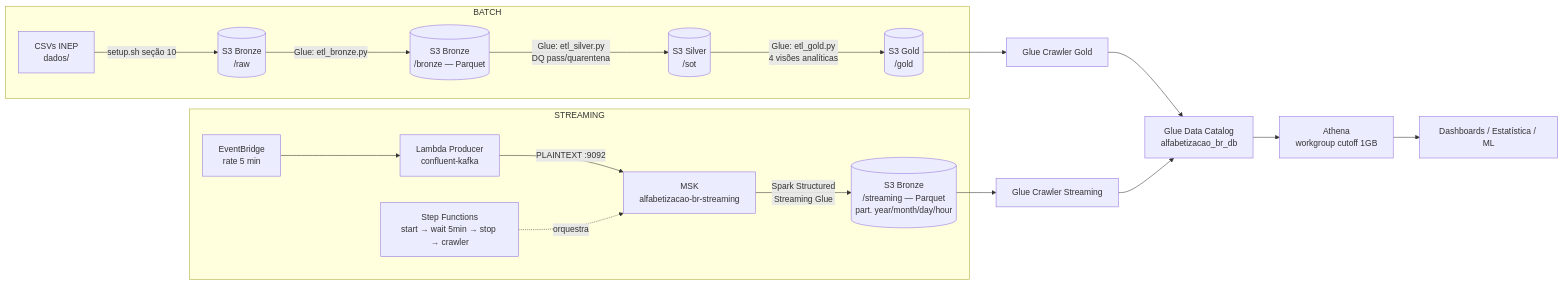
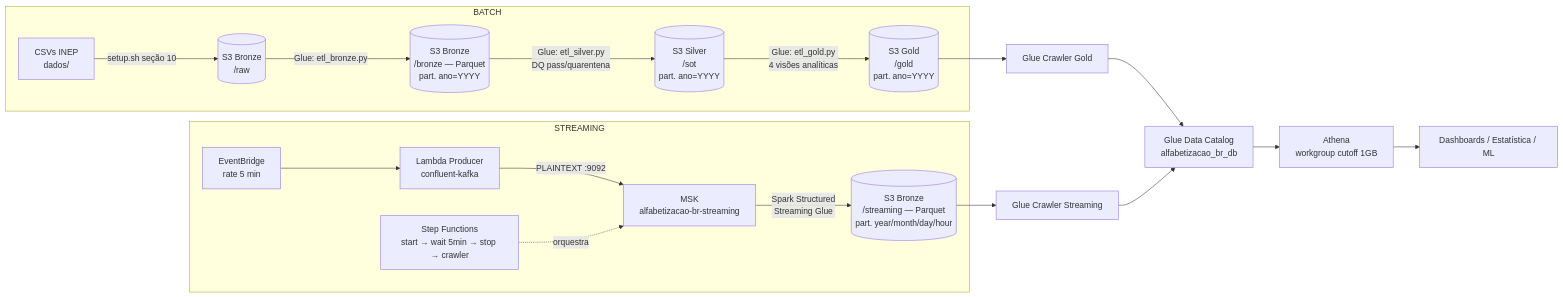
One commit to Luodev/1IAST-Fase2 changed the diagram in README.md. Above: the diagram before and after it, drawn with Mermaid. The commit also changed other lines of this file, not shown here.

Commit message:
documenta particionamento por ano, justificativa aws cli vs terraform e novos artefatos no README

````diff
--- a/README.md
+++ b/README.md
@@ -34,23 +34,23 @@
 ```mermaid
 flowchart LR
     subgraph BATCH
         CSV[CSVs INEP<br/>dados/] -->|setup.sh seção 10| RAW[(S3 Bronze<br/>/raw)]
-        RAW -->|Glue: etl_bronze.py| BR[(S3 Bronze<br/>/bronze — Parquet)]
-        BR -->|Glue: etl_silver.py<br/>DQ pass/quarentena| SV[(S3 Silver<br/>/sot)]
-        SV -->|Glue: etl_gold.py<br/>4 visões analíticas| GD[(S3 Gold<br/>/gold)]
+        RAW -->|Glue: etl_bronze.py| BR[(S3 Bronze<br/>/bronze — Parquet<br/>part. ano=YYYY)]
+        BR -->|Glue: etl_silver.py<br/>DQ pass/quarentena| SV[(S3 Silver<br/>/sot<br/>part. ano=YYYY)]
+        SV -->|Glue: etl_gold.py<br/>4 visões analíticas| GD[(S3 Gold<br/>/gold<br/>part. ano=YYYY)]
     end
 
     subgraph STREAMING
         EB[EventBridge<br/>rate 5 min] --> LP[Lambda Producer<br/>confluent-kafka]
         LP -->|PLAINTEXT :9092| MSK[MSK<br/>alfabetizacao-br-streaming]
         MSK -->|Spark Structured<br/>Streaming Glue| ST[(S3 Bronze<br/>/streaming — Parquet<br/>part. year/month/day/hour)]
         SFN[Step Functions<br/>start → wait 5min → stop → crawler] -.orquestra.-> MSK
     end
 
     GD --> CR1[Glue Crawler Gold]
     ST --> CR2[Glue Crawler Streaming]
     CR1 --> CAT[Glue Data Catalog<br/>alfabetizacao_br_db]
     CR2 --> CAT
     CAT --> ATH[Athena<br/>workgroup cutoff 1GB]
     ATH --> BI[Dashboards / Estatística / ML]
 ```
````
